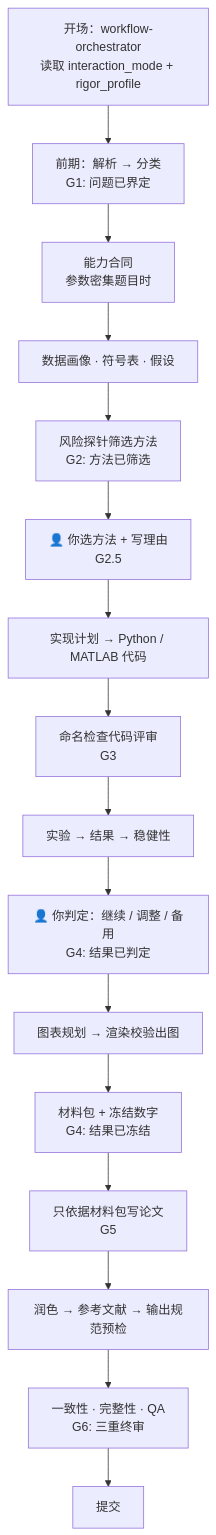
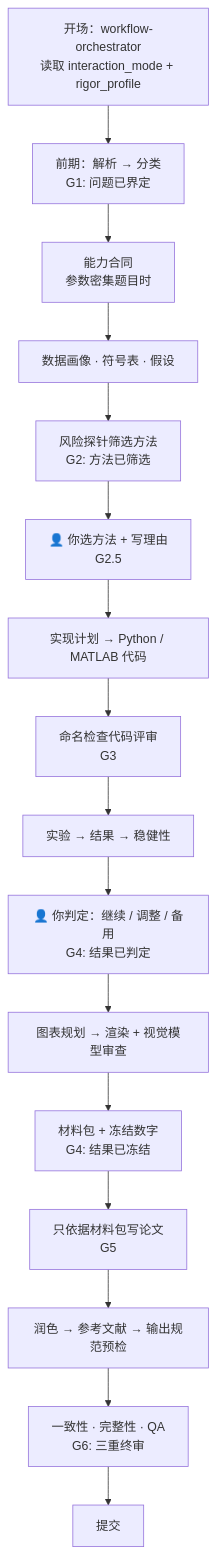
Before and after one commit to goblinIBigBro/EasyMathModel: the diagram in README-zh.md, drawn with Mermaid. The commit also changed other lines of this file and 23 other files, not shown here.

Commit message:
Add figure-vision-review skill with vision API state file

````diff
--- a/README-zh.md
+++ b/README-zh.md
@@ -53,20 +53,20 @@
 ```mermaid
 flowchart TD
     A["开场：workflow-orchestrator<br/>读取 interaction_mode + rigor_profile"]
     B["前期：解析 → 分类<br/>G1: 问题已界定"]
     C["能力合同<br/>参数密集题目时"]
     D["数据画像 · 符号表 · 假设"]
     E["风险探针筛选方法<br/>G2: 方法已筛选"]
     F["👤 你选方法 + 写理由<br/>G2.5"]
     G["实现计划 → Python / MATLAB 代码"]
     H["命名检查代码评审<br/>G3"]
     I["实验 → 结果 → 稳健性"]
     J["👤 你判定：继续 / 调整 / 备用<br/>G4: 结果已判定"]
-    K["图表规划 → 渲染校验出图"]
+    K["图表规划 → 渲染 + 视觉模型审查"]
     L["材料包 + 冻结数字<br/>G4: 结果已冻结"]
     M["只依据材料包写论文<br/>G5"]
     N["润色 → 参考文献 → 输出规范预检"]
     O["一致性 · 完整性 · QA<br/>G6: 三重终审"]
     P["提交"]
     A --> B --> C --> D --> E --> F --> G --> H --> I --> J --> K --> L --> M --> N --> O --> P
 ```
````
